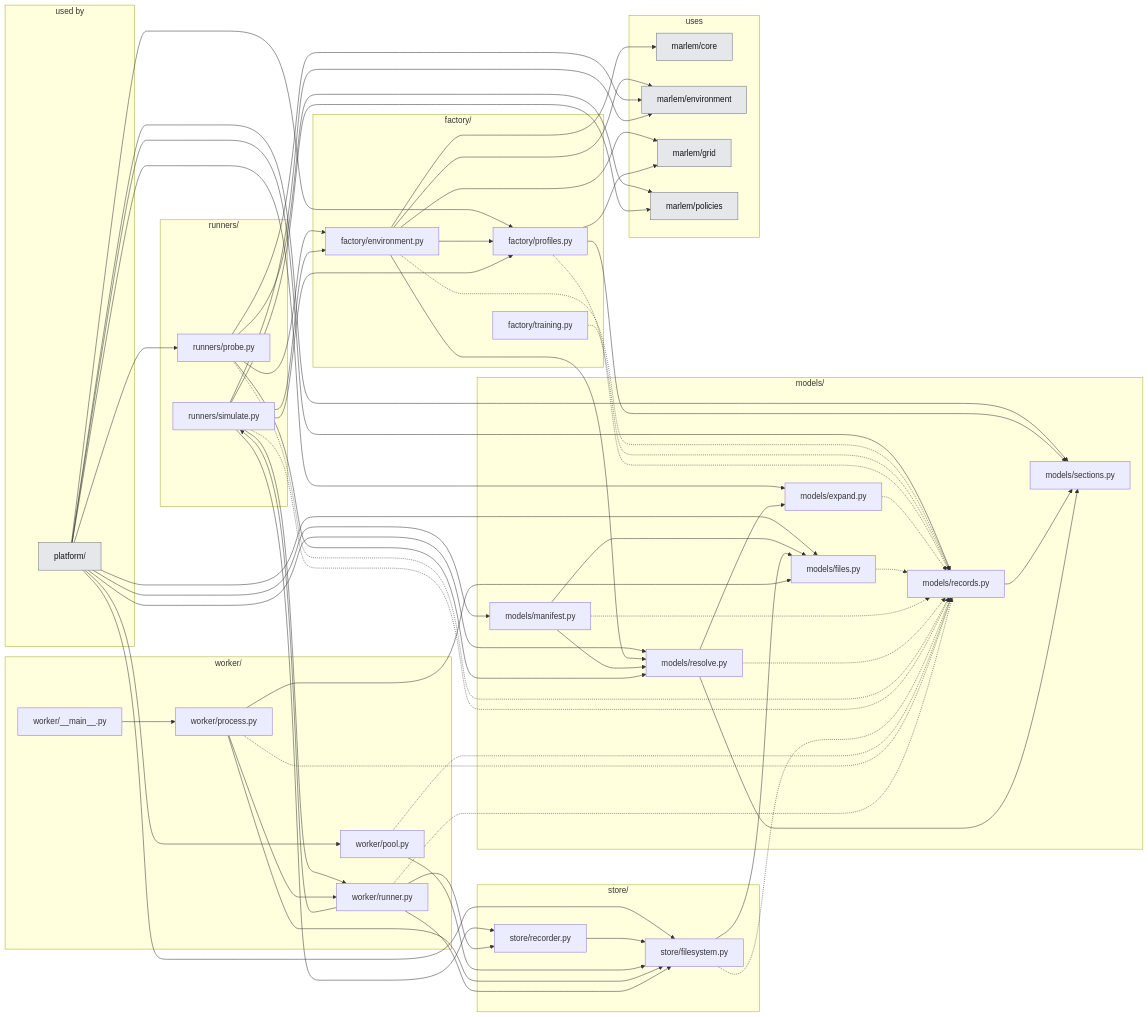
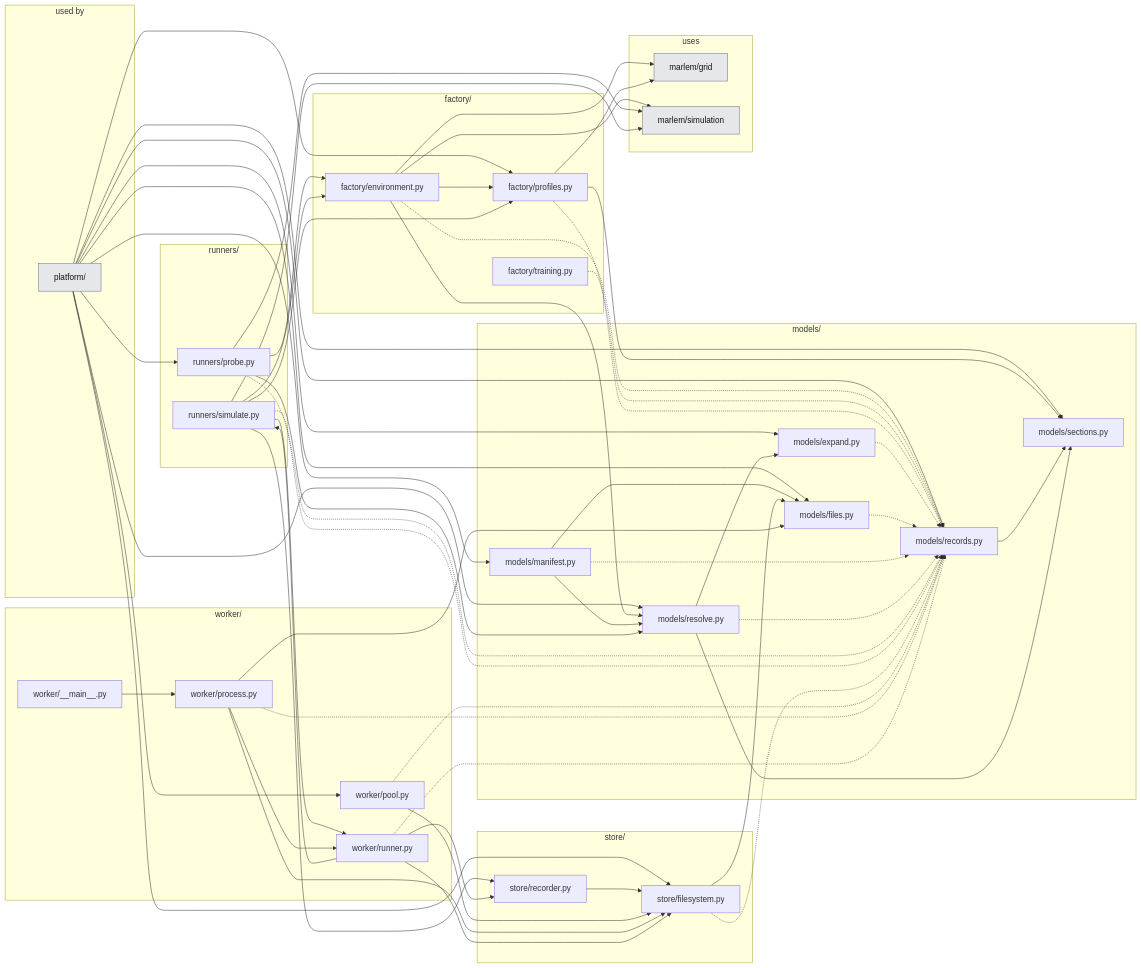
One commit to KevinRapo/P2P-thesis changed the second of 4 diagrams in docs_thesis/thesis/architecture/03-experiment-layer.md. Above: the diagram before and after it, drawn with Mermaid. The commit also changed 36 other files, not shown here.

First line of the commit message:
refactor(simulation): one marlem/simulation package for playing a day

```diff
--- a/docs_thesis/thesis/architecture/03-experiment-layer.md
+++ b/docs_thesis/thesis/architecture/03-experiment-layer.md
@@ -75,10 +75,8 @@
     n_platform_experiments_worker_runner["worker/runner.py"]
   end
   subgraph USES["uses"]
-    n_marlem_core["marlem/core"]:::ext
-    n_marlem_environment["marlem/environment"]:::ext
     n_marlem_grid["marlem/grid"]:::ext
-    n_marlem_policies["marlem/policies"]:::ext
+    n_marlem_simulation["marlem/simulation"]:::ext
   end
   n_platform__users_ --> n_platform_experiments_factory_profiles
   n_platform__users_ --> n_platform_experiments_models_expand
@@ -90,9 +88,8 @@
   n_platform__users_ --> n_platform_experiments_runners_probe
   n_platform__users_ --> n_platform_experiments_store_filesystem
   n_platform__users_ --> n_platform_experiments_worker_pool
-  n_platform_experiments_factory_environment --> n_marlem_core
-  n_platform_experiments_factory_environment --> n_marlem_environment
   n_platform_experiments_factory_environment --> n_marlem_grid
+  n_platform_experiments_factory_environment --> n_marlem_simulation
   n_platform_experiments_factory_environment --> n_platform_experiments_factory_profiles
   n_platform_experiments_factory_environment -.-> n_platform_experiments_models_records
   n_platform_experiments_factory_environment --> n_platform_experiments_models_resolve
@@ -109,13 +106,11 @@
   n_platform_experiments_models_resolve --> n_platform_experiments_models_expand
   n_platform_experiments_models_resolve -.-> n_platform_experiments_models_records
   n_platform_experiments_models_resolve --> n_platform_experiments_models_sections
-  n_platform_experiments_runners_probe --> n_marlem_environment
-  n_platform_experiments_runners_probe --> n_marlem_policies
+  n_platform_experiments_runners_probe --> n_marlem_simulation
   n_platform_experiments_runners_probe --> n_platform_experiments_factory_environment
   n_platform_experiments_runners_probe -.-> n_platform_experiments_models_records
   n_platform_experiments_runners_probe --> n_platform_experiments_models_resolve
-  n_platform_experiments_runners_simulate --> n_marlem_environment
-  n_platform_experiments_runners_simulate --> n_marlem_policies
+  n_platform_experiments_runners_simulate --> n_marlem_simulation
   n_platform_experiments_runners_simulate --> n_platform_experiments_factory_environment
   n_platform_experiments_runners_simulate --> n_platform_experiments_factory_profiles
   n_platform_experiments_runners_simulate -.-> n_platform_experiments_models_records
```
